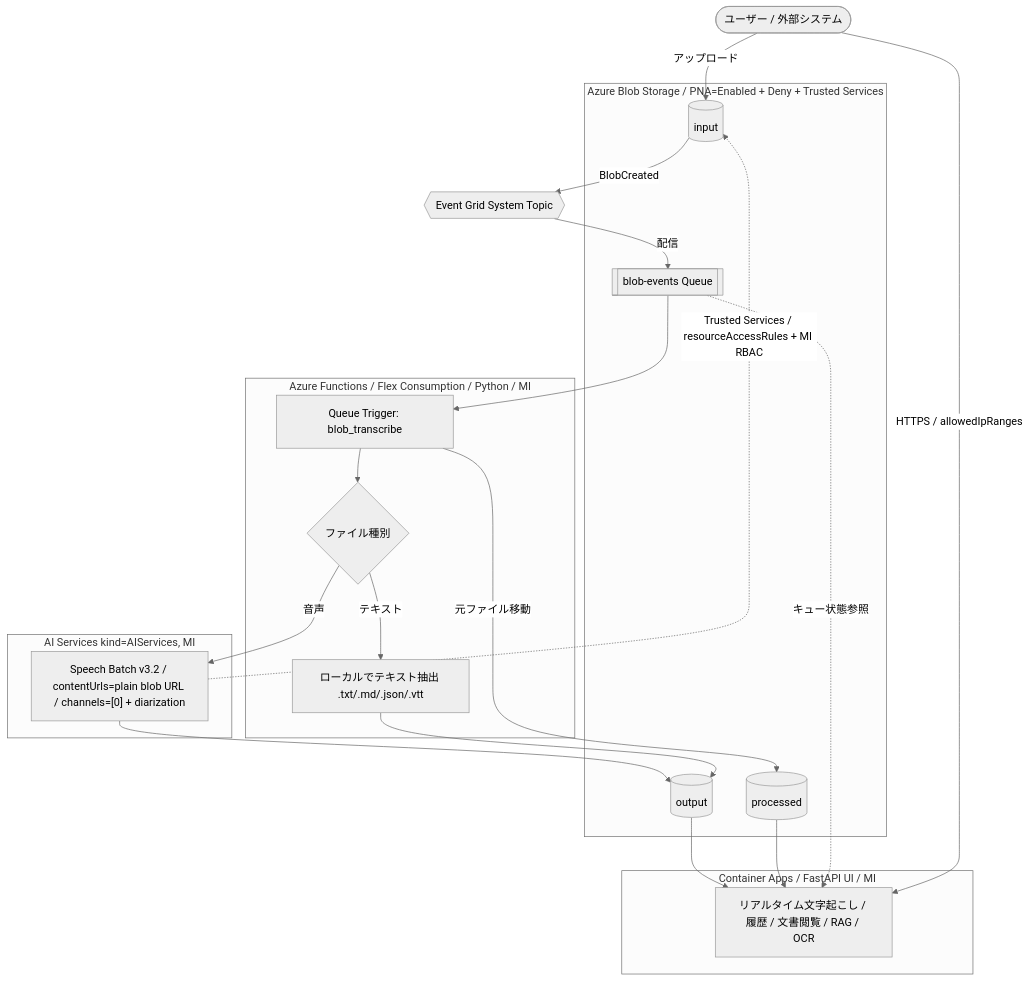
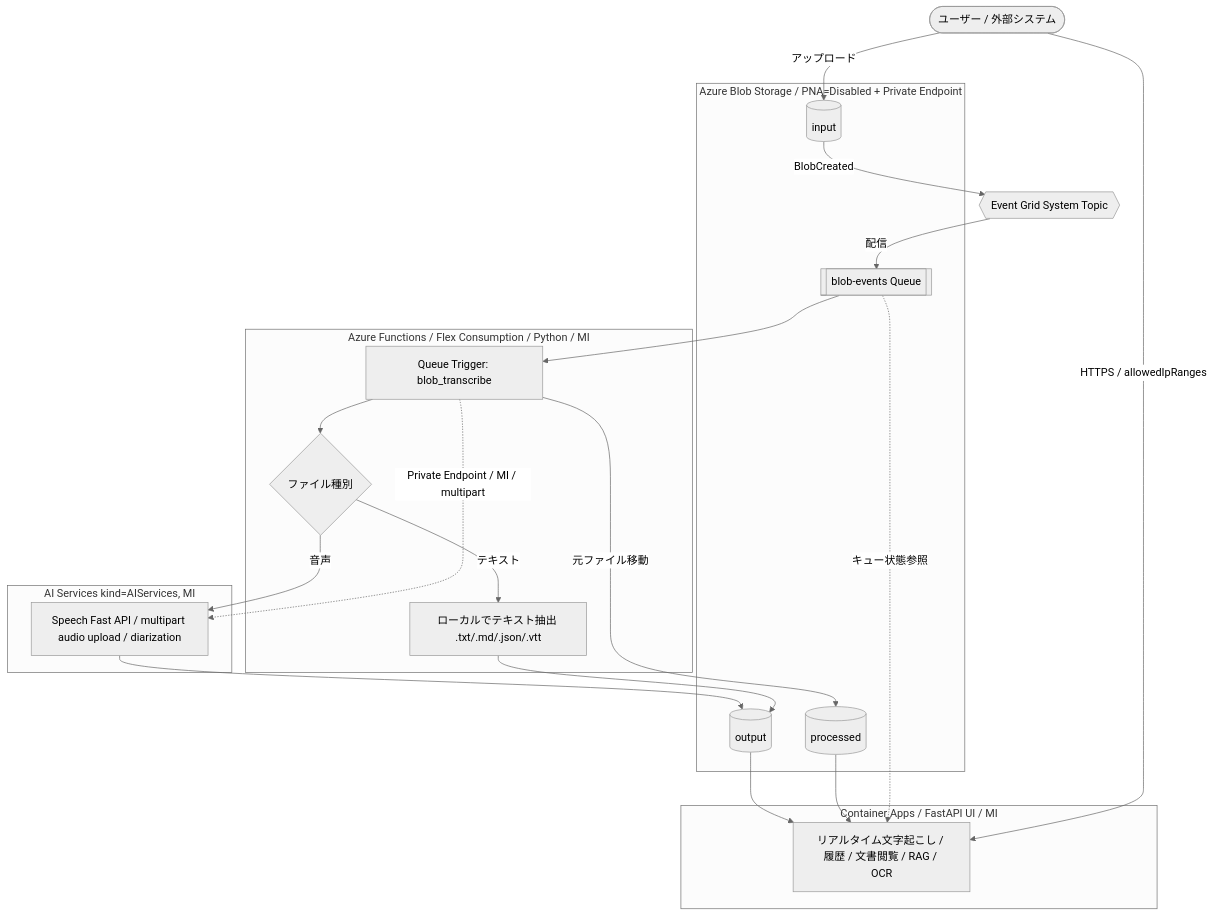
One commit to 0ht/transcription-demo changed the diagram in docs/deploy-guide.md. Above: the diagram before and after it, drawn with Mermaid (neutral theme). The commit also changed other lines of this file and 33 other files, not shown here.

````diff
--- a/docs/deploy-guide.md
+++ b/docs/deploy-guide.md
@@ -79,43 +83,43 @@
 ```mermaid
 flowchart TB
     User([ユーザー / 外部システム])
 
-    subgraph Storage["Azure Blob Storage / PNA=Enabled + Deny + Trusted Services"]
+    subgraph Storage["Azure Blob Storage / PNA=Disabled + Private Endpoint"]
         Input[("input")]
         Output[("output")]
         Processed[("processed")]
         Queue[["blob-events Queue"]]
     end
 
     EG{{"Event Grid System Topic"}}
 
     subgraph Func["Azure Functions / Flex Consumption / Python / MI"]
         QT["Queue Trigger: blob_transcribe"]
         Branch{ファイル種別}
         TextExtract["ローカルでテキスト抽出 .txt/.md/.json/.vtt"]
     end
 
     subgraph AI["AI Services kind=AIServices, MI"]
-        Speech["Speech Batch v3.2 / contentUrls=plain blob URL / channels=[0] + diarization"]
+        Speech["Speech Fast API / multipart audio upload / diarization"]
     end
 
     subgraph UI["Container Apps / FastAPI UI / MI"]
       WebUI["リアルタイム文字起こし / 履歴 / 文書閲覧 / RAG / OCR"]
     end
 
     User -- アップロード --> Input
     Input -- BlobCreated --> EG
     EG -- 配信 --> Queue
     Queue --> QT
     QT --> Branch
     Branch -- 音声 --> Speech
     Branch -- テキスト --> TextExtract
-    Speech -. Trusted Services / resourceAccessRules + MI RBAC .-> Input
+    QT -. Private Endpoint / MI / multipart .-> Speech
     Speech --> Output
     TextExtract --> Output
     QT -- 元ファイル移動 --> Processed
     Output --> WebUI
     Processed --> WebUI
     Queue -. キュー状態参照 .-> WebUI
     User -- HTTPS / allowedIpRanges --> WebUI
 ```
````
